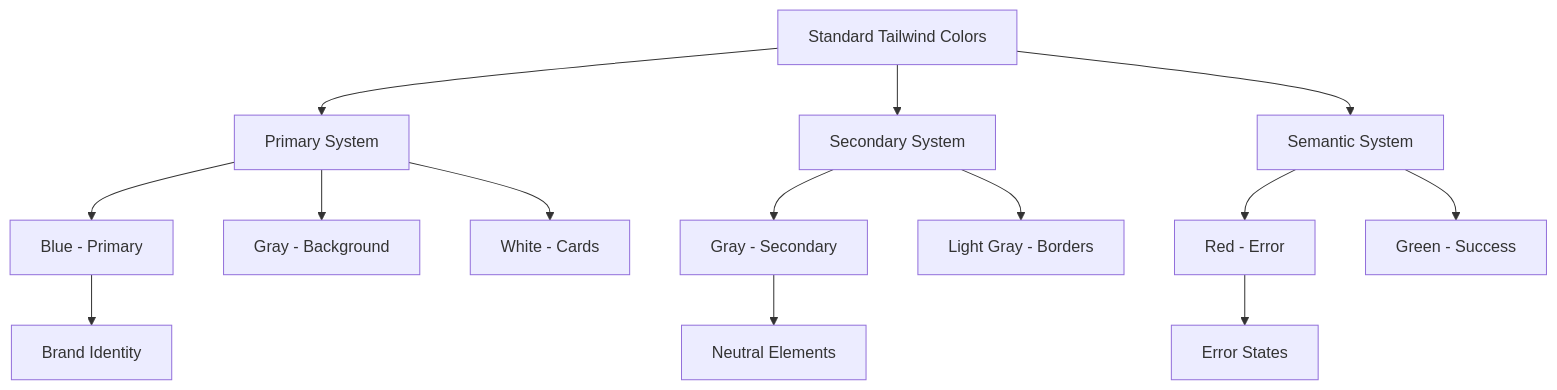
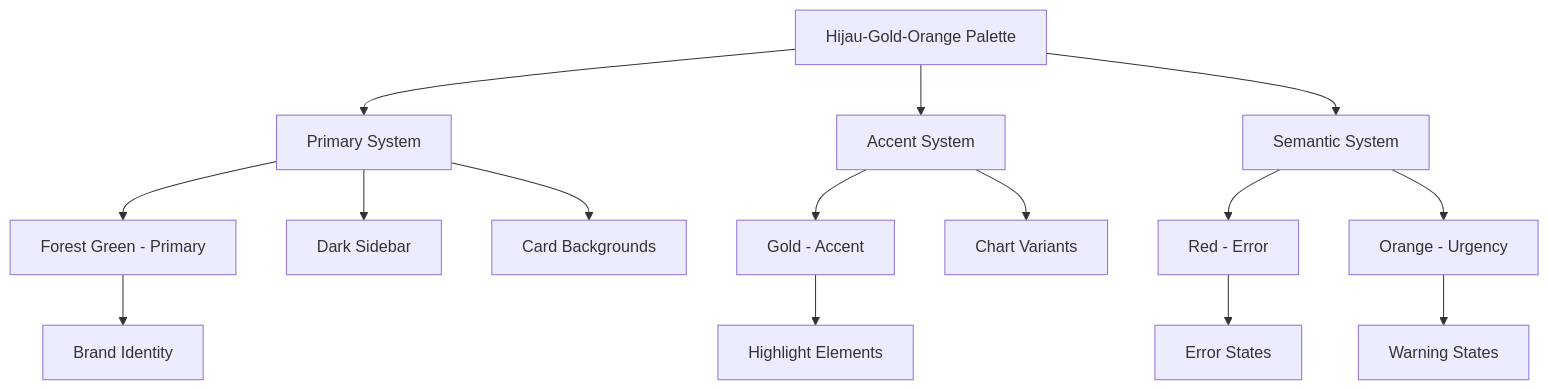
The third of 6 diagrams in .qoder/repowiki/en/content/Frontend Architecture/UI_UX Refactor Design Document.md (PA-Penajam/kepegawaian_apps), drawn with Mermaid before and after one commit. The commit also changed other lines of this file and 13 other files, not shown here.

````diff
--- a/.qoder/repowiki/en/content/Frontend Architecture/UI_UX Refactor Design Document.md
+++ b/.qoder/repowiki/en/content/Frontend Architecture/UI_UX Refactor Design Document.md
@@ -166,16 +201,17 @@
 ```mermaid
 flowchart TD
-A[Standard Tailwind Colors] --> B[Primary System]
-A --> C[Secondary System]
+A[Hijau-Gold-Orange Palette] --> B[Primary System]
+A --> C[Accent System]
 A --> D[Semantic System]
-B --> E[Blue - Primary]
-B --> F[Gray - Background]
-B --> G[White - Cards]
-C --> H[Gray - Secondary]
-C --> I[Light Gray - Borders]
+B --> E[Forest Green - Primary]
+B --> F[Dark Sidebar]
+B --> G[Card Backgrounds]
+C --> H[Gold - Accent]
+C --> I[Chart Variants]
 D --> J[Red - Error]
-D --> K[Green - Success]
+D --> K[Orange - Urgency]
 E --> L[Brand Identity]
-H --> M[Neutral Elements]
+H --> M[Highlight Elements]
 J --> N[Error States]
+K --> O[Warning States]
 ```
````
